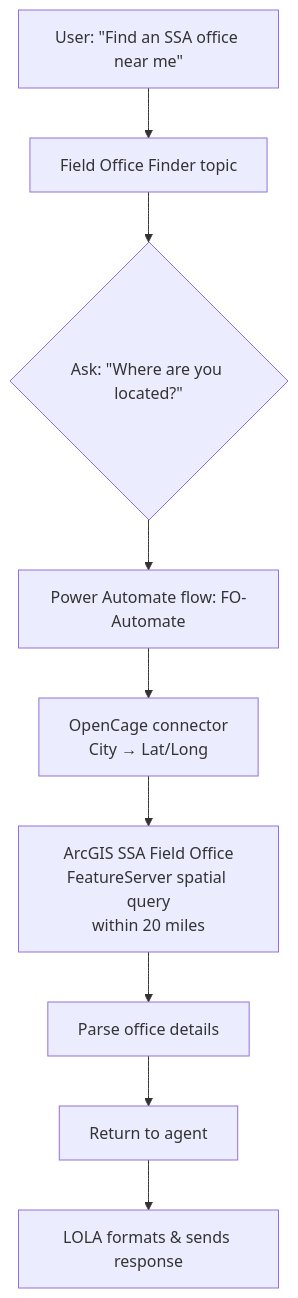
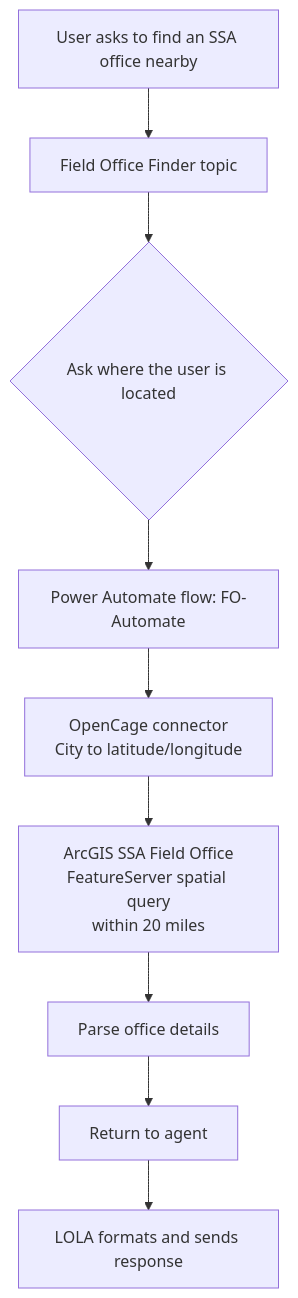
Before and after one commit to microsoft/Federal-Agents: the diagram in demos/LOLA/README.md, drawn with Mermaid.

Commit message:
Update README.md for clarity in flowchart

````diff
--- a/demos/LOLA/README.md
+++ b/demos/LOLA/README.md
@@ -47,11 +47,11 @@
 ```mermaid
 flowchart TD
-    A[User: &quot;Find an SSA office near me&quot;] --> B[Field Office Finder topic]
-    B --> C{Ask: &quot;Where are you located?&quot;}
+    A[User asks to find an SSA office nearby] --> B[Field Office Finder topic]
+    B --> C{Ask where the user is located}
     C --> D[Power Automate flow: FO-Automate]
-    D --> E[OpenCage connector<br/>City → Lat/Long]
+    D --> E[OpenCage connector<br/>City to latitude/longitude]
     E --> F[ArcGIS SSA Field Office<br/>FeatureServer spatial query<br/>within 20 miles]
     F --> G[Parse office details]
     G --> H[Return to agent]
-    H --> I[LOLA formats &amp; sends response]
+    H --> I[LOLA formats and sends response]
 ```
````
